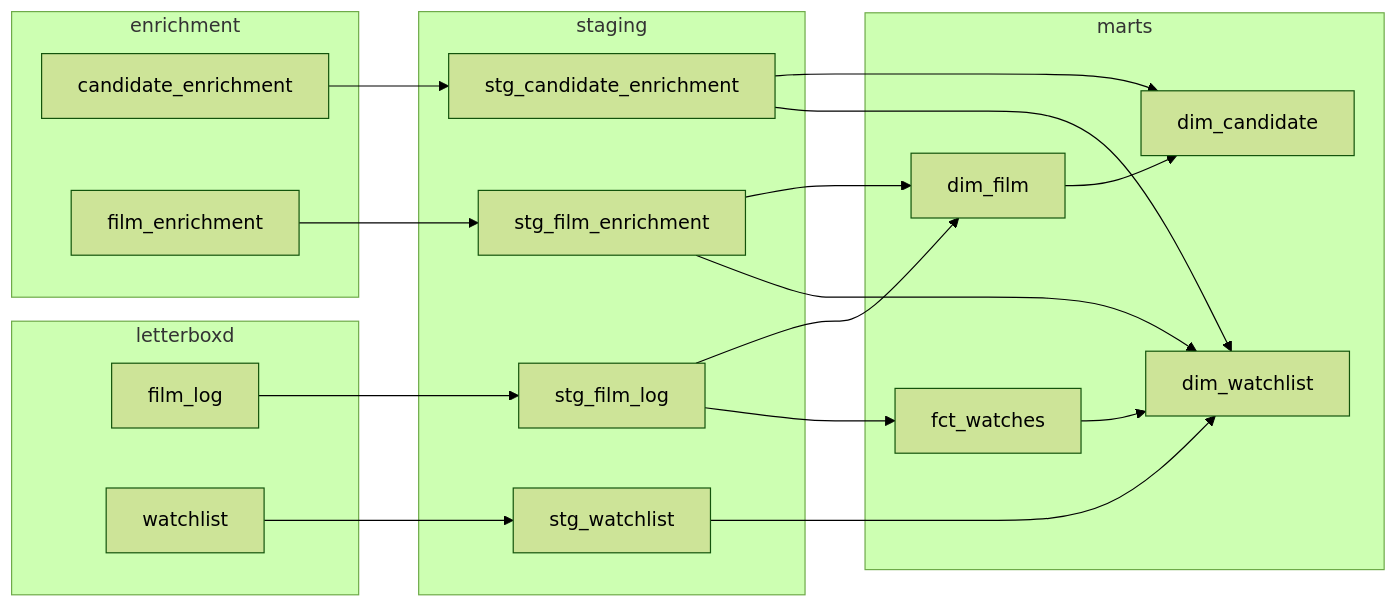
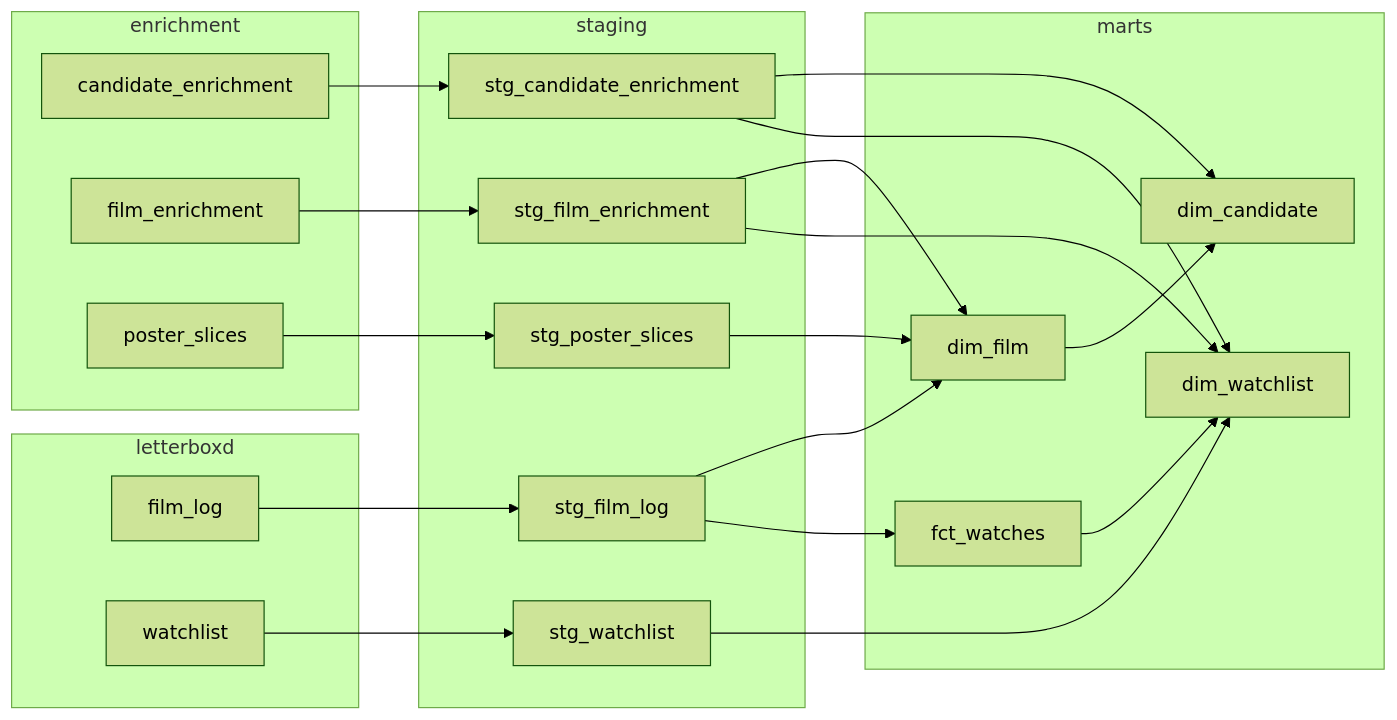
Before and after one commit to FeatherAnalytics/cinemetrics: the third of 3 diagrams in docs/ARCHITECTURE.md, drawn with Mermaid (forest theme). The commit also changed other lines of this file and 12 other files, not shown here.

Commit message:
feat(data): export poster slices and keep them current on update

````diff
--- a/docs/ARCHITECTURE.md
+++ b/docs/ARCHITECTURE.md
@@ -325,36 +330,40 @@
 ```mermaid
 flowchart LR
   subgraph letterboxd[letterboxd]
     film_log
     watchlist
   end
   subgraph enrichment[enrichment]
     candidate_enrichment
     film_enrichment
+    poster_slices
   end
   subgraph staging[staging]
     stg_candidate_enrichment
     stg_film_enrichment
     stg_film_log
+    stg_poster_slices
     stg_watchlist
   end
   subgraph marts[marts]
     dim_candidate
     dim_film
     dim_watchlist
     fct_watches
   end
   candidate_enrichment --> stg_candidate_enrichment
   dim_film --> dim_candidate
   fct_watches --> dim_watchlist
   film_enrichment --> stg_film_enrichment
   film_log --> stg_film_log
+  poster_slices --> stg_poster_slices
   stg_candidate_enrichment --> dim_candidate
   stg_candidate_enrichment --> dim_watchlist
   stg_film_enrichment --> dim_film
   stg_film_enrichment --> dim_watchlist
   stg_film_log --> dim_film
   stg_film_log --> fct_watches
+  stg_poster_slices --> dim_film
   stg_watchlist --> dim_watchlist
   watchlist --> stg_watchlist
 ```
````
